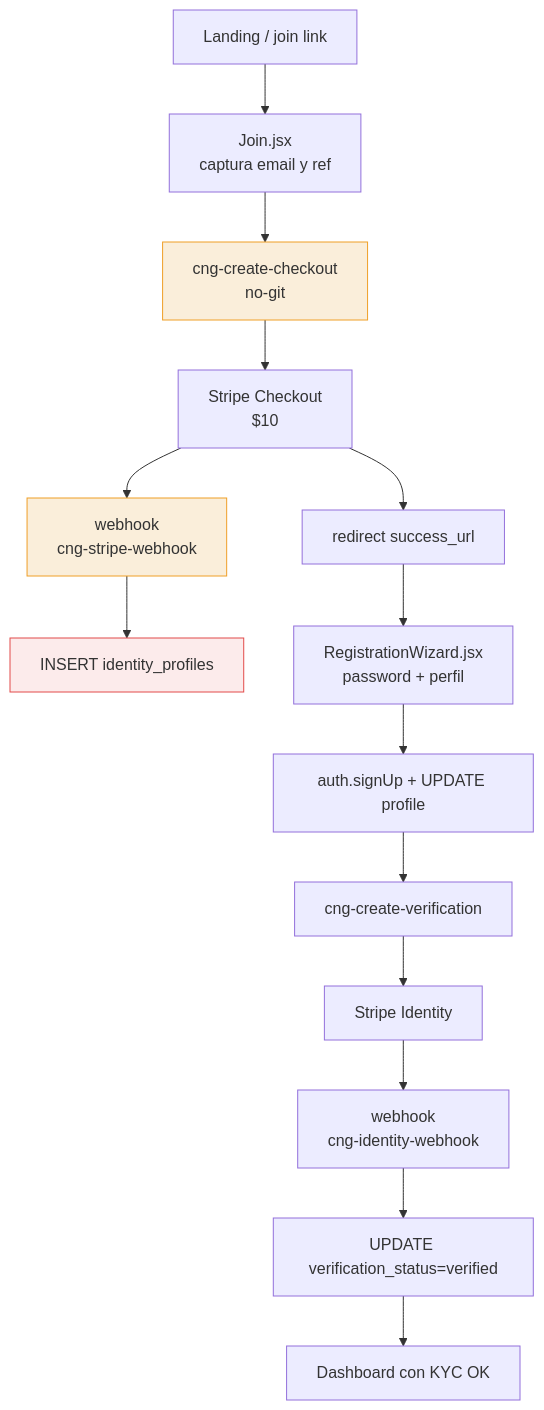
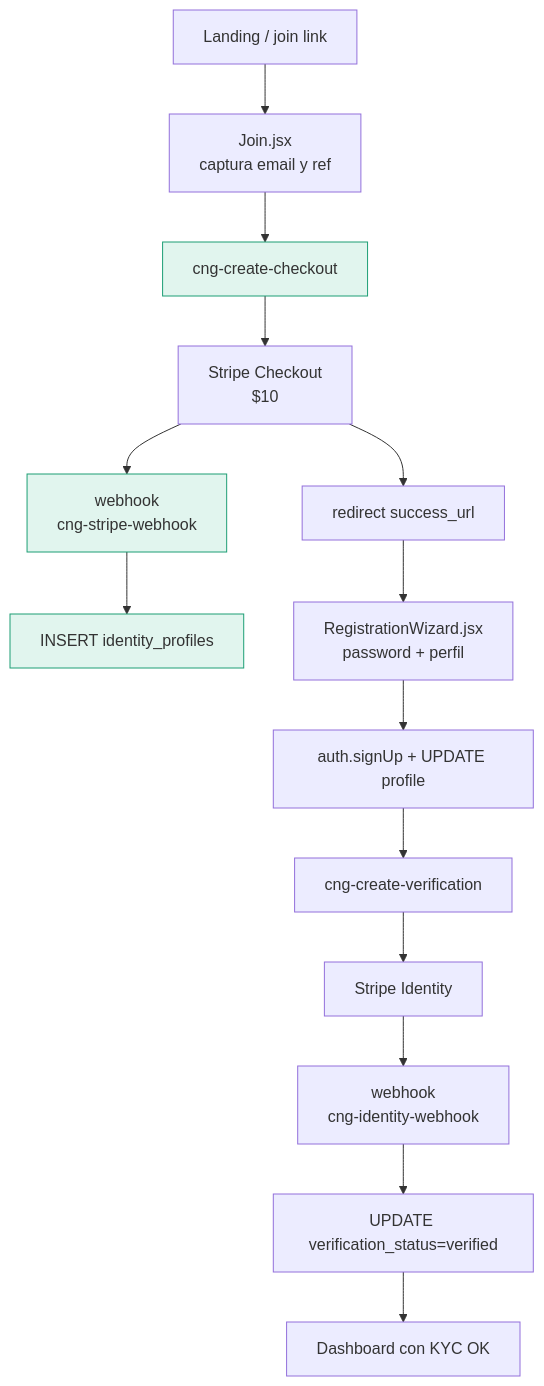
The fifth of 10 diagrams in CNG_PLUS_ARCHITECTURE.md (chillngointernational/chill-n-go-international), drawn with Mermaid before and after one commit. The commit also changed other lines of this file, not shown here.

Commit message:
docs: update architecture after flows A-D completion

````diff
--- a/CNG_PLUS_ARCHITECTURE.md
+++ b/CNG_PLUS_ARCHITECTURE.md
@@ -259,20 +261,20 @@
 ```mermaid
 flowchart TD
     A[Landing / join link] --> B[Join.jsx<br/>captura email y ref]
-    B --> C[cng-create-checkout<br/>no-git]
+    B --> C[cng-create-checkout]
     C --> D[Stripe Checkout<br/>$10]
     D --> E[webhook<br/>cng-stripe-webhook]
     E --> F[INSERT identity_profiles]
     D --> G[redirect success_url]
     G --> H[RegistrationWizard.jsx<br/>password + perfil]
     H --> I[auth.signUp + UPDATE profile]
     I --> J[cng-create-verification]
     J --> K[Stripe Identity]
     K --> L[webhook<br/>cng-identity-webhook]
     L --> M[UPDATE verification_status=verified]
     M --> N[Dashboard con KYC OK]
 
-    style C fill:#FAEEDA,stroke:#EF9F27
-    style E fill:#FAEEDA,stroke:#EF9F27
-    style F fill:#FCEBEB,stroke:#E24B4A
+    style C fill:#E1F5EE,stroke:#1D9E75
+    style E fill:#E1F5EE,stroke:#1D9E75
+    style F fill:#E1F5EE,stroke:#1D9E75
 ```
````
